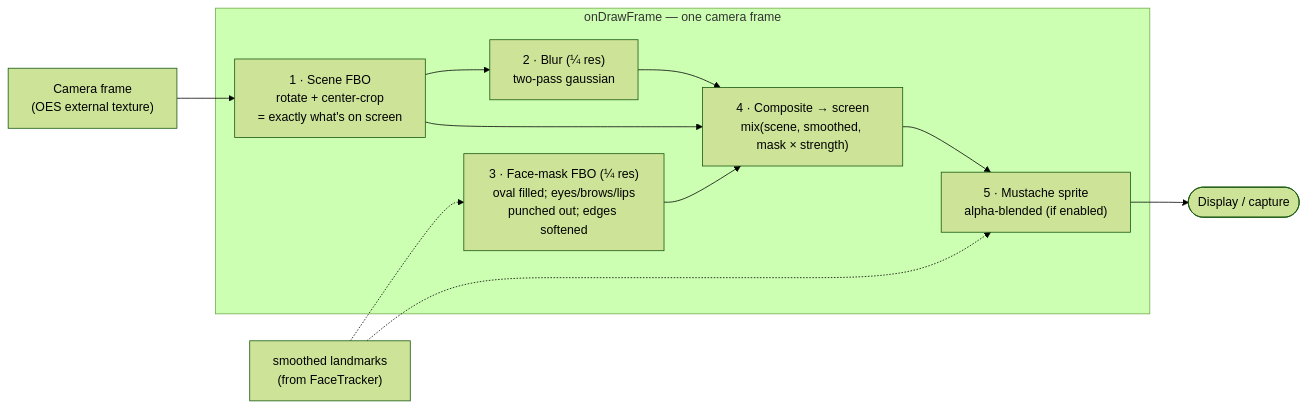
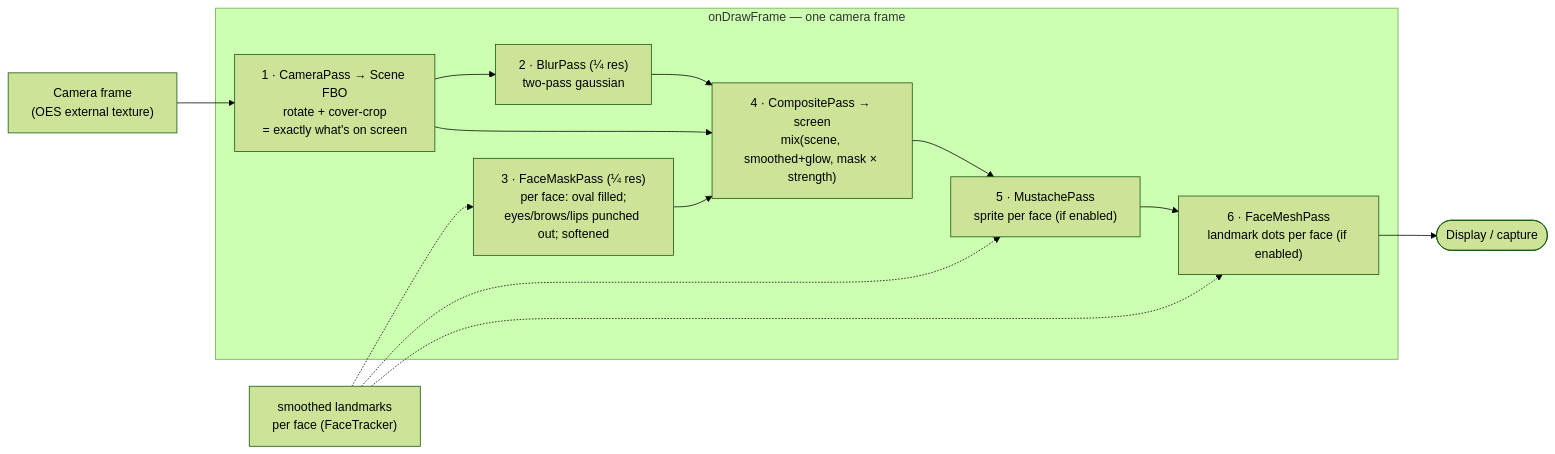
One commit to abdurahmon27/filter-cam changed the third of 5 diagrams in docs/ARCHITECTURE.md. Above: the diagram before and after it, drawn with Mermaid (forest theme). The commit also changed other lines of this file and 22 other files, not shown here.

````diff
--- a/docs/ARCHITECTURE.md
+++ b/docs/ARCHITECTURE.md
@@ -95,20 +134,22 @@
 ```mermaid
 flowchart LR
     OES["Camera frame<br/>(OES external texture)"] --> Scene
 
     subgraph Frame["onDrawFrame — one camera frame"]
-        Scene["1 · Scene FBO<br/>rotate + center-crop<br/>= exactly what's on screen"]
-        Blur["2 · Blur (¼ res)<br/>two-pass gaussian"]
-        Mask["3 · Face-mask FBO (¼ res)<br/>oval filled; eyes/brows/lips<br/>punched out; edges softened"]
-        Comp["4 · Composite → screen<br/>mix(scene, smoothed, mask × strength)"]
-        Sprite["5 · Mustache sprite<br/>alpha-blended (if enabled)"]
+        Scene["1 · CameraPass → Scene FBO<br/>rotate + cover-crop<br/>= exactly what's on screen"]
+        Blur["2 · BlurPass (¼ res)<br/>two-pass gaussian"]
+        Mask["3 · FaceMaskPass (¼ res)<br/>per face: oval filled;<br/>eyes/brows/lips punched out; softened"]
+        Comp["4 · CompositePass → screen<br/>mix(scene, smoothed+glow, mask × strength)"]
+        Sprite["5 · MustachePass<br/>sprite per face (if enabled)"]
+        Dots["6 · FaceMeshPass<br/>landmark dots per face (if enabled)"]
     end
 
     Scene --> Blur --> Comp
     Scene --> Comp
     Mask --> Comp
-    Comp --> Sprite --> Out([Display / capture])
+    Comp --> Sprite --> Dots --> Out([Display / capture])
 
-    LM["smoothed landmarks<br/>(from FaceTracker)"] -.-> Mask
+    LM["smoothed landmarks<br/>per face (FaceTracker)"] -.-> Mask
     LM -.-> Sprite
+    LM -.-> Dots
 ```
````
